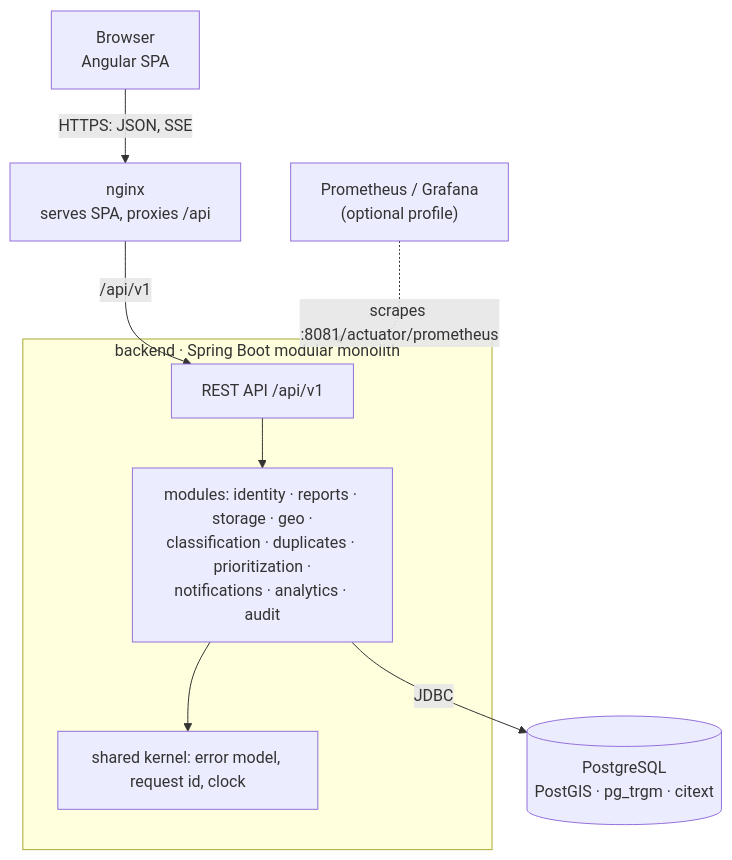
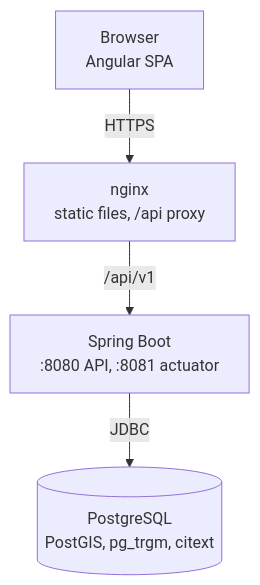
The diagram in docs/architecture/overview.md (mmylona/Civicpulse), drawn with Mermaid before and after one commit. The commit also changed other lines of this file and 95 other files, not shown here.

````diff
--- a/docs/architecture/overview.md
+++ b/docs/architecture/overview.md
@@ -9,19 +8,11 @@
 ```mermaid
 flowchart TB
     browser["Browser<br/>Angular SPA"]
-    nginx["nginx<br/>serves SPA, proxies /api"]
-    subgraph backend["backend · Spring Boot modular monolith"]
-        api["REST API /api/v1"]
-        modules["modules: identity · reports · storage · geo ·<br/>classification · duplicates · prioritization ·<br/>notifications · analytics · audit"]
-        shared["shared kernel: error model, request id, clock"]
-    end
-    db[("PostgreSQL<br/>PostGIS · pg_trgm · citext")]
-    prom["Prometheus / Grafana<br/>(optional profile)"]
+    nginx["nginx<br/>static files, /api proxy"]
+    backend["Spring Boot<br/>:8080 API, :8081 actuator"]
+    db[("PostgreSQL<br/>PostGIS, pg_trgm, citext")]
 
-    browser -- "HTTPS: JSON, SSE" --> nginx
-    nginx -- "/api/v1" --> api
-    api --> modules
-    modules --> shared
-    modules -- JDBC --> db
-    prom -. "scrapes :8081/actuator/prometheus" .-> backend
+    browser -- "HTTPS" --> nginx
+    nginx -- "/api/v1" --> backend
+    backend -- JDBC --> db
 ```
````
